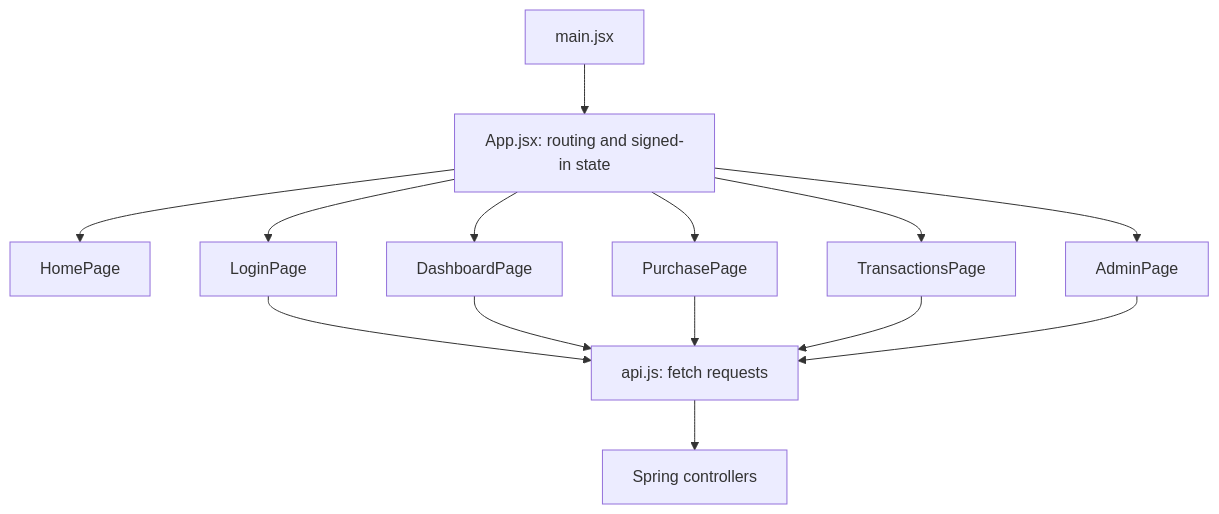
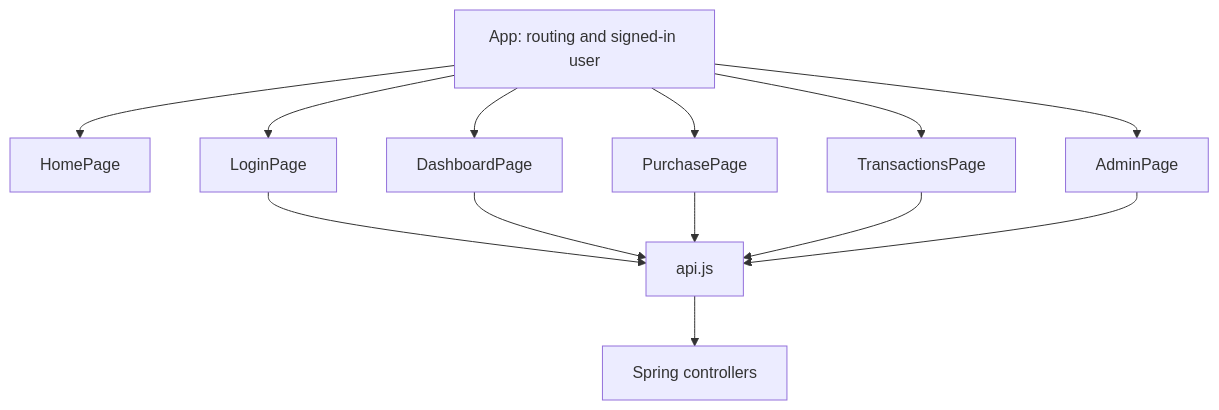
One commit to marvensj7/card-transaction-simulator changed the diagram in outputs/02_Architecture/04_React_Component_Diagram.md. Above: the diagram before and after it, drawn with Mermaid. The commit also changed other lines of this file and 69 other files, not shown here.

````diff
--- a/outputs/02_Architecture/04_React_Component_Diagram.md
+++ b/outputs/02_Architecture/04_React_Component_Diagram.md
@@ -9,16 +7,15 @@
 ```mermaid
 flowchart TD
-    MAIN[main.jsx] --> APP[App.jsx: routing and signed-in state]
-    APP --> HOME[HomePage]
+    APP[App: routing and signed-in user] --> HOME[HomePage]
     APP --> LOGIN[LoginPage]
     APP --> DASH[DashboardPage]
     APP --> PURCHASE[PurchasePage]
     APP --> HISTORY[TransactionsPage]
     APP --> ADMIN[AdminPage]
-    LOGIN --> API[api.js: fetch requests]
+    LOGIN --> API[api.js]
     DASH --> API
     PURCHASE --> API
     HISTORY --> API
     ADMIN --> API
     API --> SERVER[Spring controllers]
 ```
````
